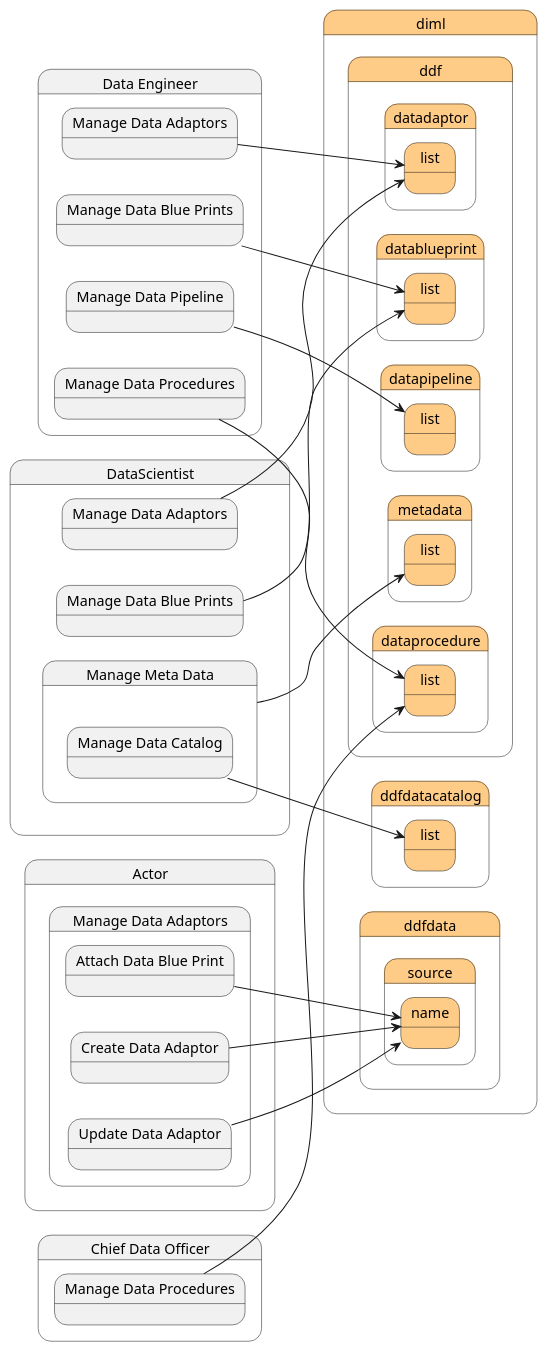
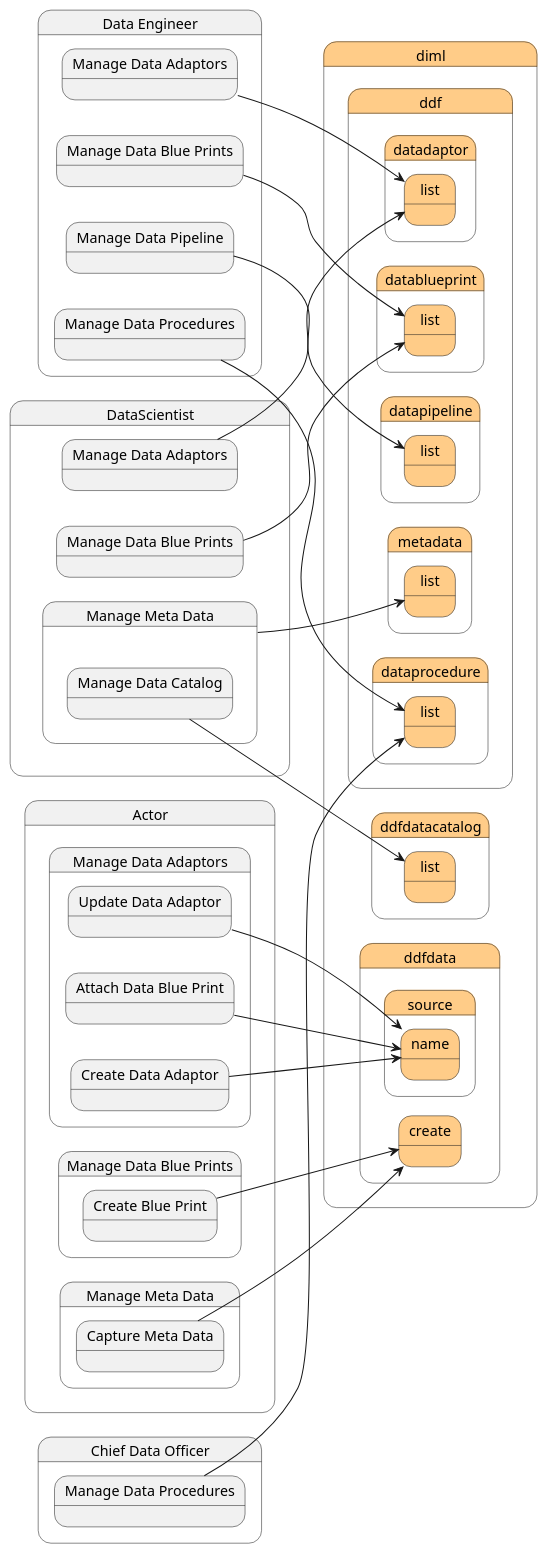
The diagram in docs/edgemere/diml/ddf/scenariomapping.puml (madajaju/edgemere), drawn with PlantUML before and after one commit. The commit also changed 113 other files, not shown here.

```diff
--- a/docs/edgemere/diml/ddf/scenariomapping.puml
+++ b/docs/edgemere/diml/ddf/scenariomapping.puml
@@ -120,6 +120,22 @@
 DataScientistManageDataBluePrints --> dimlddfdatablueprintlist
 
 
+    state "Actor" as Actor {
+        state "Manage Data Blue Prints" as ActorManageDataBluePrints {
+            state "Create Blue Print" as ActorManageDataBluePrintsCreateBluePrint {
+            }
+        }
+    }
+    state "diml" as diml #ffcc88 {
+state "ddfdata" as dimlddfdata #ffcc88 {
+state "create" as dimlddfdatacreate #ffcc88 {
+}
+}
+}
+
+    ActorManageDataBluePrintsCreateBluePrint --> dimlddfdatacreate
+    
+ 
  
 state "Data Engineer" as DataEngineer {
     state "Manage Data Pipeline" as DataEngineerManageDataPipeline {
@@ -186,6 +202,22 @@
 DataScientistManageMetaData --> dimlddfmetadatalist
 
 
+    state "Actor" as Actor {
+        state "Manage Meta Data" as ActorManageMetaData {
+            state "Capture Meta Data" as ActorManageMetaDataCaptureMetaData {
+            }
+        }
+    }
+    state "diml" as diml #ffcc88 {
+state "ddfdata" as dimlddfdata #ffcc88 {
+state "create" as dimlddfdatacreate #ffcc88 {
+}
+}
+}
+
+    ActorManageMetaDataCaptureMetaData --> dimlddfdatacreate
+    
+ 
     state "DataScientist" as DataScientist {
         state "Manage Meta Data" as DataScientistManageMetaData {
             state "Manage Data Catalog" as DataScientistManageMetaDataManageDataCatalog {
```
